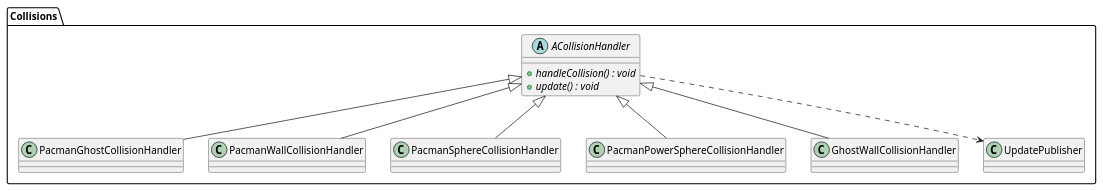
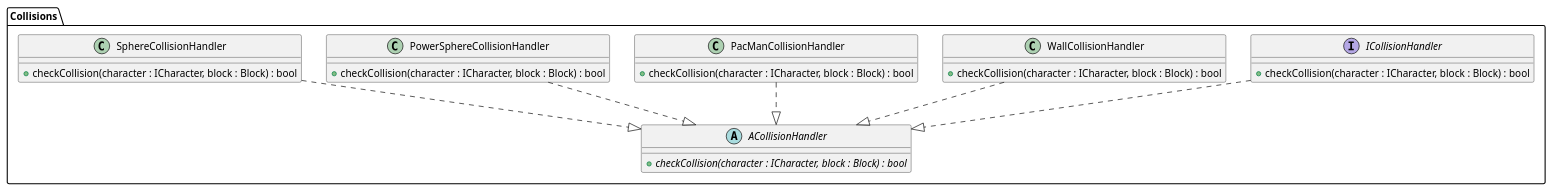
The diagram in games/pac-man/collisions.puml (Pending-Name-21/arquitecture), drawn with PlantUML before and after one commit. The commit also changed 1 other file, not shown here.

Commit message:
fix: collisions and pacman

```diff
--- a/games/pac-man/collisions.puml
+++ b/games/pac-man/collisions.puml
@@ -1,16 +1,32 @@
 @startuml
 package "Collisions" {
+  abstract class ACollisionHandler {
+   + checkCollision(character : ICharacter, block : Block) : bool {abstract}
+  }
 
-  abstract class ACollisionHandler {
-      + handleCollision() : void {abstract}
-      + update() : void {abstract}
+  interface ICollisionHandler {
+   + checkCollision(character : ICharacter, block : Block) : bool
   }
-  ACollisionHandler <|-- PacmanGhostCollisionHandler
-  ACollisionHandler <|-- PacmanWallCollisionHandler
-  ACollisionHandler <|-- PacmanSphereCollisionHandler
-  ACollisionHandler <|-- PacmanPowerSphereCollisionHandler
-  ACollisionHandler <|-- GhostWallCollisionHandler
-  ACollisionHandler ..> UpdatePublisher
+  ICollisionHandler ..|> ACollisionHandler
 
+  class WallCollisionHandler {
+   + checkCollision(character : ICharacter, block : Block) : bool
+  }
+  WallCollisionHandler ..|> ACollisionHandler
+
+  class PacManCollisionHandler {
+   + checkCollision(character : ICharacter, block : Block) : bool
+  }
+  PacManCollisionHandler ..|> ACollisionHandler
+
+  class PowerSphereCollisionHandler {
+   + checkCollision(character : ICharacter, block : Block) : bool
+  }
+  PowerSphereCollisionHandler ..|> ACollisionHandler
+
+  class SphereCollisionHandler {
+   + checkCollision(character : ICharacter, block : Block) : bool
+  }
+  SphereCollisionHandler ..|> ACollisionHandler
 }
 @enduml
```
